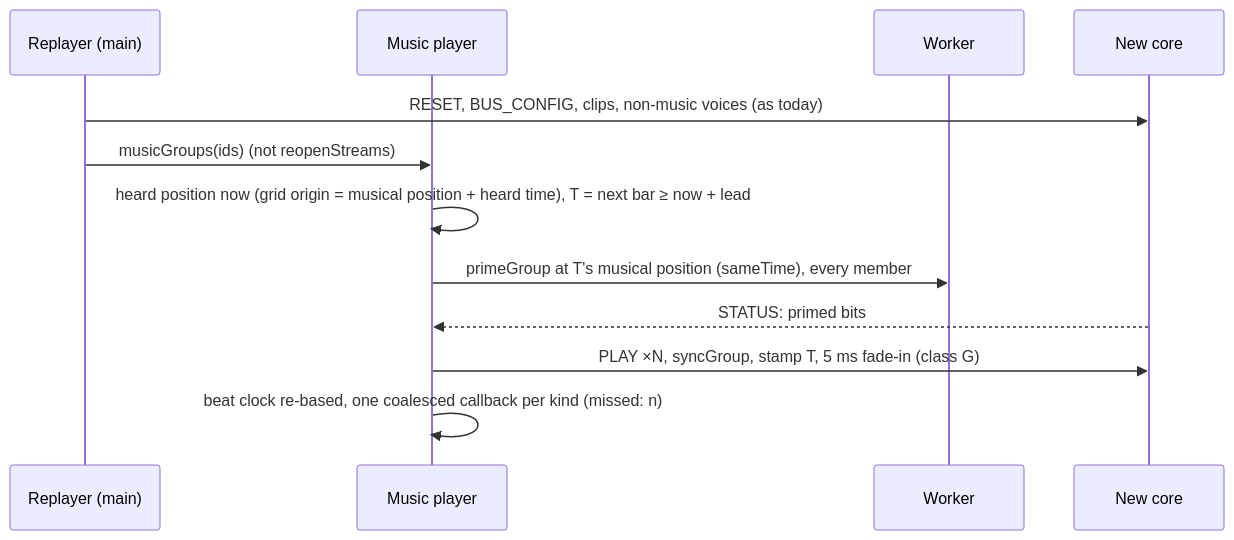
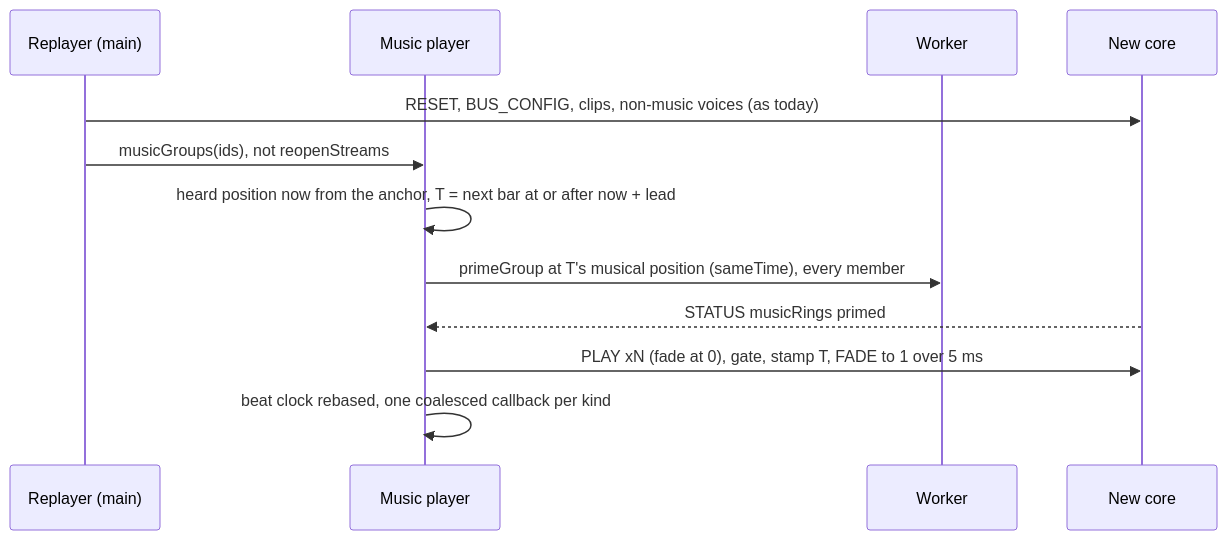
The ninth of 9 diagrams in docs/design/0166-audio-music/architecture.md (doughtnerd/TranquilityEngine), drawn with Mermaid before and after one commit. The commit also changed other lines of this file and 1 other file, not shown here.

First line of the commit message:
0166 round 2B: architecture and contracts revised under rulings R1-R24

````diff
--- a/docs/design/0166-audio-music/architecture.md
+++ b/docs/design/0166-audio-music/architecture.md
@@ -270,14 +312,14 @@
 ```mermaid
 sequenceDiagram
   participant R as Replayer (main)
   participant P as Music player
   participant W as Worker
   participant K as New core
   R->>K: RESET, BUS_CONFIG, clips, non-music voices (as today)
-  R->>P: musicGroups(ids) (not reopenStreams)
-  P->>P: heard position now (grid origin = musical position + heard time), T = next bar ≥ now + lead
+  R->>P: musicGroups(ids), not reopenStreams
+  P->>P: heard position now from the anchor, T = next bar at or after now + lead
   P->>W: primeGroup at T's musical position (sameTime), every member
-  K-->>P: STATUS: primed bits
-  P->>K: PLAY ×N, syncGroup, stamp T, 5 ms fade-in (class G)
-  P->>P: beat clock re-based, one coalesced callback per kind (missed: n)
+  K-->>P: STATUS musicRings primed
+  P->>K: PLAY xN (fade at 0), gate, stamp T, FADE to 1 over 5 ms
+  P->>P: beat clock rebased, one coalesced callback per kind
 ```
````
